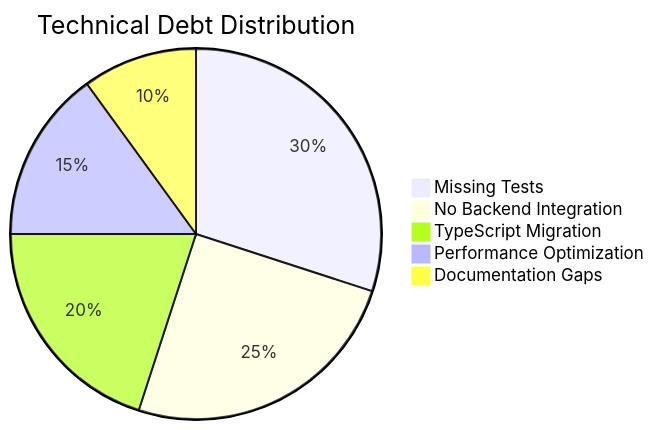
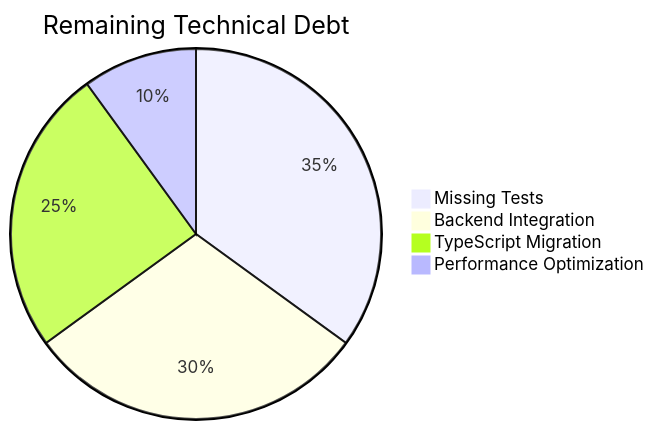
The fourth of 25 diagrams in FACECROOK_REPOSITORY_ANALYSIS.md (didier3529/facecrook), drawn with Mermaid before and after one commit. The commit also changed other lines of this file and 14 other files, not shown here.

````diff
--- a/FACECROOK_REPOSITORY_ANALYSIS.md
+++ b/FACECROOK_REPOSITORY_ANALYSIS.md
@@ -181,8 +266,7 @@
 ```mermaid
-pie title Technical Debt Distribution
-    "Missing Tests" : 30
-    "No Backend Integration" : 25
-    "TypeScript Migration" : 20
-    "Performance Optimization" : 15
-    "Documentation Gaps" : 10
+pie title Remaining Technical Debt
+    "Missing Tests" : 35
+    "Backend Integration" : 30
+    "TypeScript Migration" : 25
+    "Performance Optimization" : 10
 ```
````
